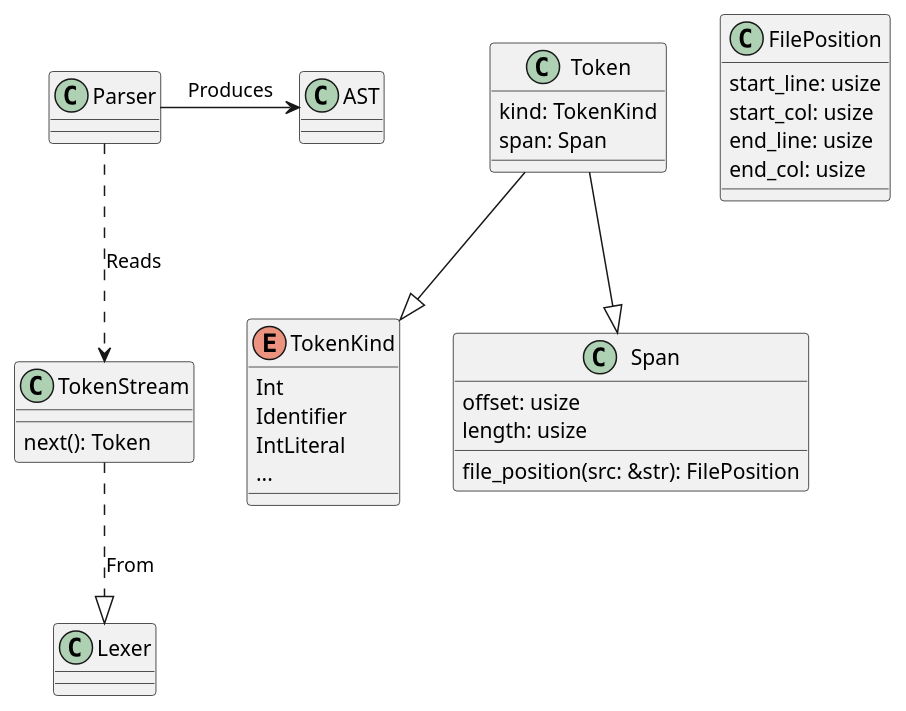
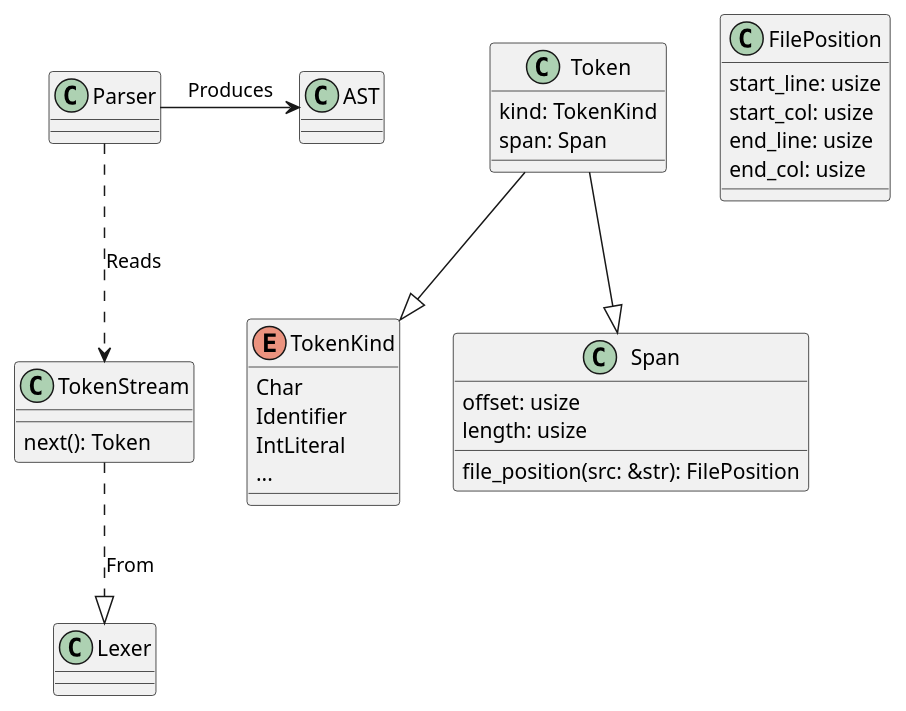
The diagram in doc/src/diagrams/parsing.puml (saulvaldelvira/compiler), drawn with PlantUML before and after one commit. The commit also changed 2 other files, not shown here.

Commit message:
Update overview diagram

```diff
--- a/doc/src/diagrams/parsing.puml
+++ b/doc/src/diagrams/parsing.puml
@@ -1,46 +1,46 @@
 @startuml
 
 class Parser { }
 
 Parser -> AST : Produces
 
 class Lexer { }
 
 class TokenStream {
     next(): Token
 }
 
 TokenStream ..|> Lexer: From
 
 Parser ..> TokenStream: Reads
 
 class Token {
     kind: TokenKind
     span: Span
 }
 
 Token --|> TokenKind
 Token --|> Span
 
 enum TokenKind {
-    Int
+    Char
     Identifier
     IntLiteral
     ...
 }
 
 class Span {
     offset: usize
     length: usize
 
     file_position(src: &str): FilePosition
 }
 
 class FilePosition {
     start_line: usize
     start_col: usize
     end_line: usize
     end_col: usize
 }
 
 @enduml
```
